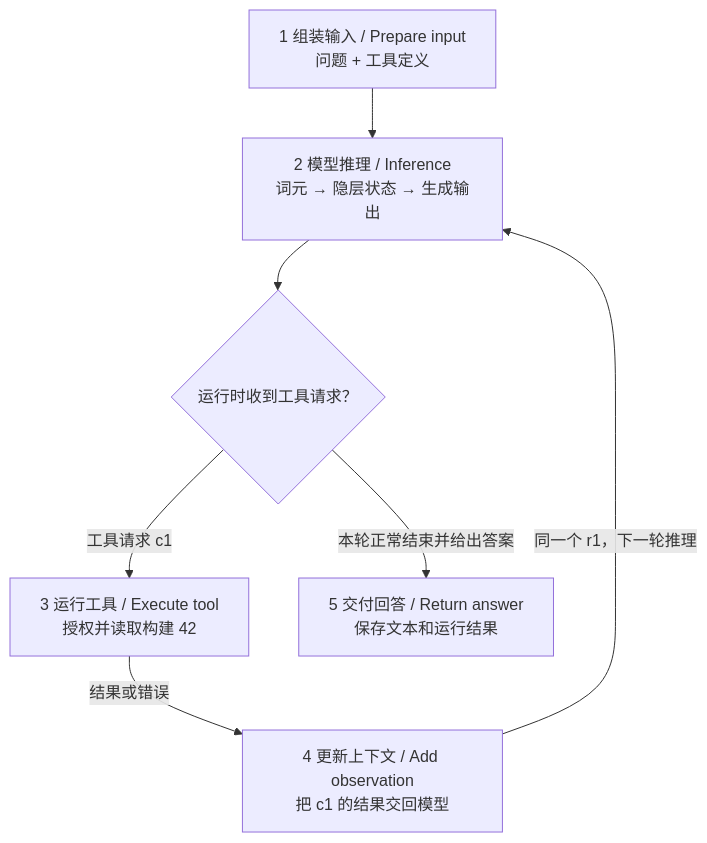
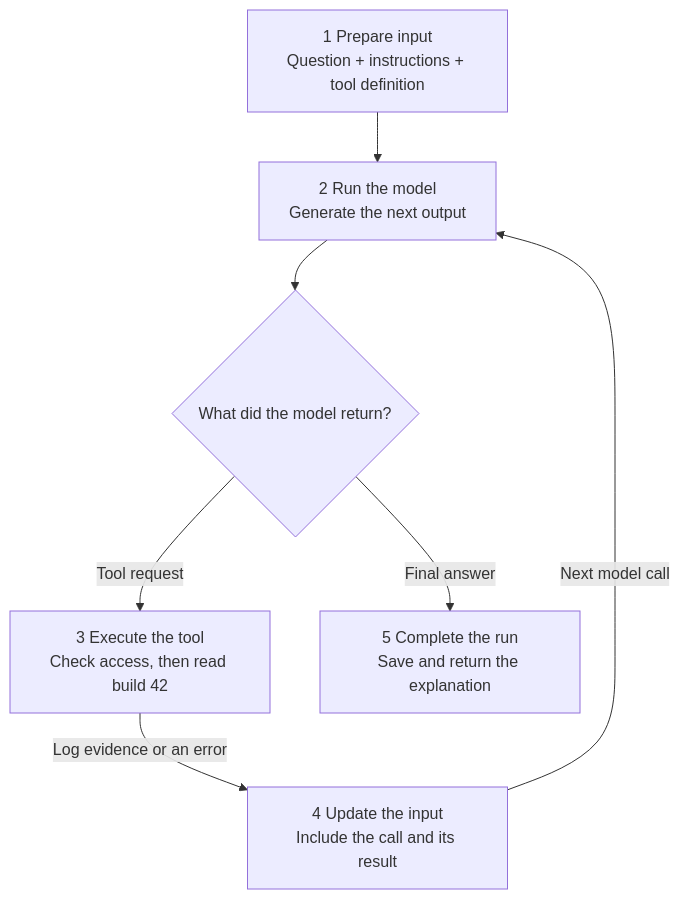
The first of 7 diagrams in review/generated/ai-engineering.md (Negronii/MyNotes), drawn with Mermaid before and after one commit. The commit also changed other lines of this file and 7 other files, not shown here.

```diff
--- a/review/generated/ai-engineering.md
+++ b/review/generated/ai-engineering.md
@@ -9,14 +15,14 @@
 ~~~mermaid
 flowchart TD
-    Input["1 组装输入 / Prepare input<br/>问题 + 工具定义"]
-    Model["2 模型推理 / Inference<br/>词元 → 隐层状态 → 生成输出"]
-    Choice{"运行时收到工具请求？"}
-    Tool["3 运行工具 / Execute tool<br/>授权并读取构建 42"]
-    Context["4 更新上下文 / Add observation<br/>把 c1 的结果交回模型"]
-    Answer["5 交付回答 / Return answer<br/>保存文本和运行结果"]
+    Input["1 Prepare input<br/>Question + instructions + tool definition"]
+    Model["2 Run the model<br/>Generate the next output"]
+    Choice{"What did the model return?"}
+    Tool["3 Execute the tool<br/>Check access, then read build 42"]
+    Context["4 Update the input<br/>Include the call and its result"]
+    Answer["5 Complete the run<br/>Save and return the explanation"]
     Input --> Model --> Choice
-    Choice -->|工具请求 c1| Tool
-    Tool -->|结果或错误| Context
-    Context -->|同一个 r1，下一轮推理| Model
-    Choice -->|本轮正常结束并给出答案| Answer
+    Choice -->|Tool request| Tool
+    Tool -->|Log evidence or an error| Context
+    Context -->|Next model call| Model
+    Choice -->|Final answer| Answer
 ~~~
```
